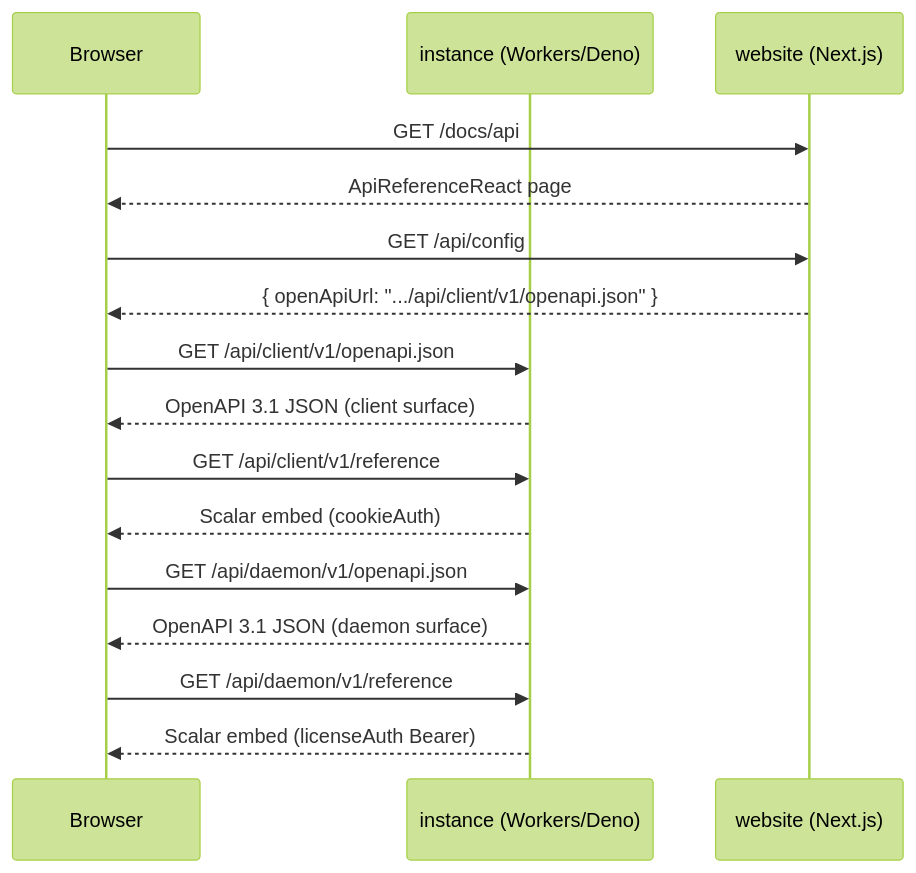
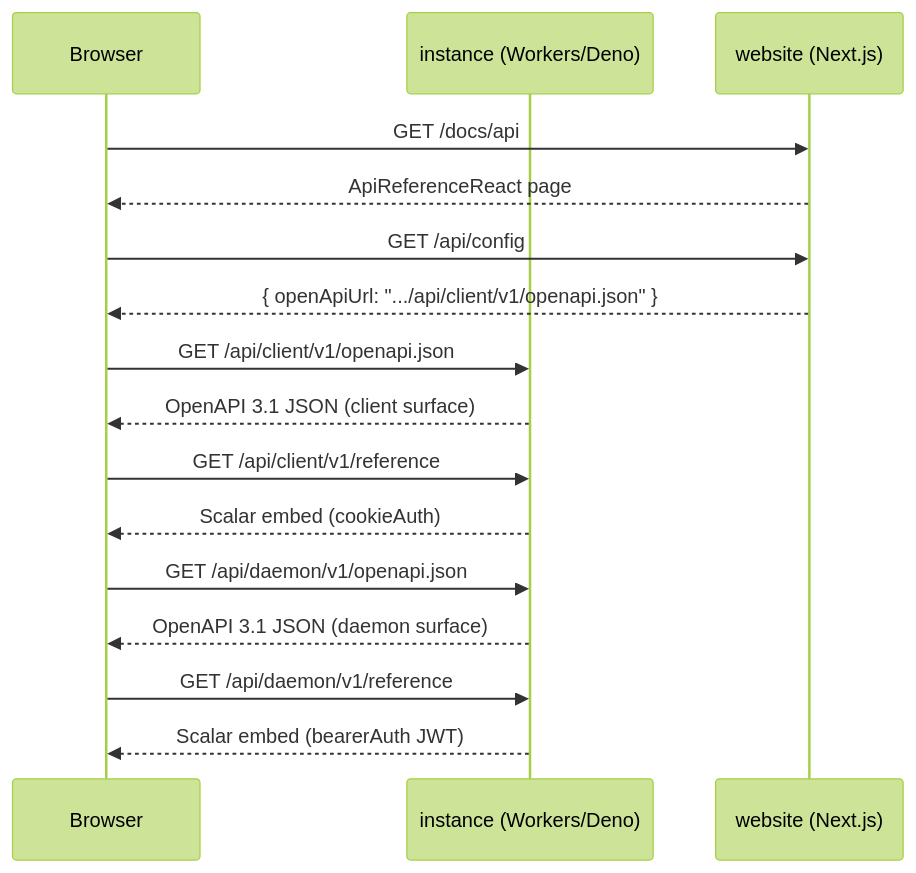
Before and after one commit to TurboPanel/turbopanel: the second of 2 diagrams in AGENTS.md, drawn with Mermaid (forest theme). The commit also changed other lines of this file and 33 other files, not shown here.

````diff
--- a/AGENTS.md
+++ b/AGENTS.md
@@ -364,19 +394,19 @@
 ```mermaid
 sequenceDiagram
     participant Browser
     participant Instance as instance (Workers/Deno)
     participant Website as website (Next.js)
 
     Browser->>Website: GET /docs/api
     Website-->>Browser: ApiReferenceReact page
     Browser->>Website: GET /api/config
     Website-->>Browser: { openApiUrl: ".../api/client/v1/openapi.json" }
     Browser->>Instance: GET /api/client/v1/openapi.json
     Instance-->>Browser: OpenAPI 3.1 JSON (client surface)
     Browser->>Instance: GET /api/client/v1/reference
     Instance-->>Browser: Scalar embed (cookieAuth)
     Browser->>Instance: GET /api/daemon/v1/openapi.json
     Instance-->>Browser: OpenAPI 3.1 JSON (daemon surface)
     Browser->>Instance: GET /api/daemon/v1/reference
-    Instance-->>Browser: Scalar embed (licenseAuth Bearer)
+    Instance-->>Browser: Scalar embed (bearerAuth JWT)
 ```
````
